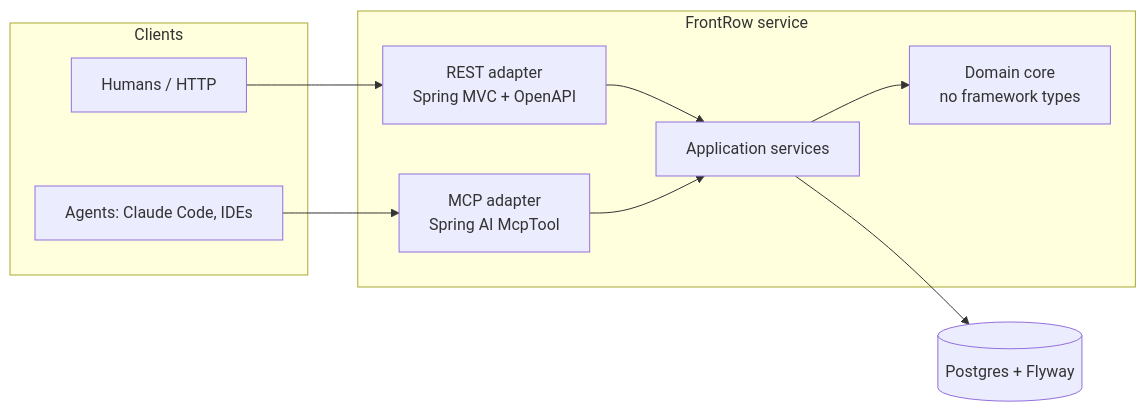
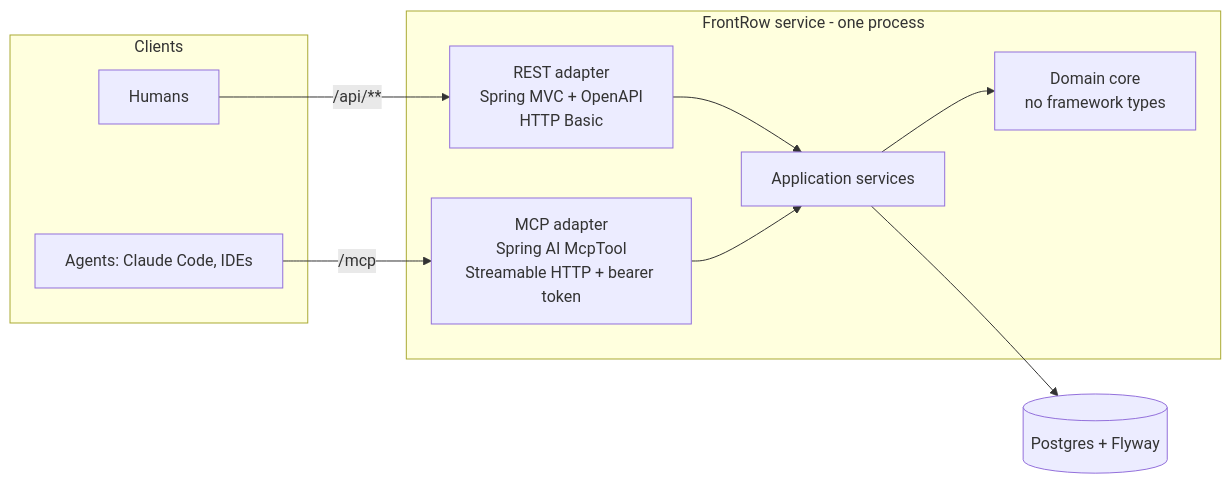
Before and after one commit to markusluisflores/frontrow: the first of 2 diagrams in docs/superpowers/specs/2026-09-17-frontrow-design.md, drawn with Mermaid. The commit also changed other lines of this file and 2 other files, not shown here.

First line of the commit message:
docs(spec): revise FrontRow design through seven review rounds (#1)

````diff
--- a/docs/superpowers/specs/2026-09-17-frontrow-design.md
+++ b/docs/superpowers/specs/2026-09-17-frontrow-design.md
@@ -89,23 +102,23 @@
 ```mermaid
 flowchart LR
     subgraph clients[Clients]
-        H[Humans / HTTP]
+        H[Humans]
         A[Agents: Claude Code, IDEs]
     end
 
-    subgraph app[FrontRow service]
-        REST[REST adapter<br/>Spring MVC + OpenAPI]
-        MCP[MCP adapter<br/>Spring AI McpTool]
+    subgraph app[FrontRow service - one process]
+        REST[REST adapter<br/>Spring MVC + OpenAPI<br/>HTTP Basic]
+        MCP[MCP adapter<br/>Spring AI McpTool<br/>Streamable HTTP + bearer token]
         SVC[Application services]
         DOM[Domain core<br/>no framework types]
     end
 
     DB[(Postgres + Flyway)]
 
-    H --> REST
-    A --> MCP
+    H -->|/api/**| REST
+    A -->|/mcp| MCP
     REST --> SVC
     MCP --> SVC
     SVC --> DOM
     SVC --> DB
 ```
````
